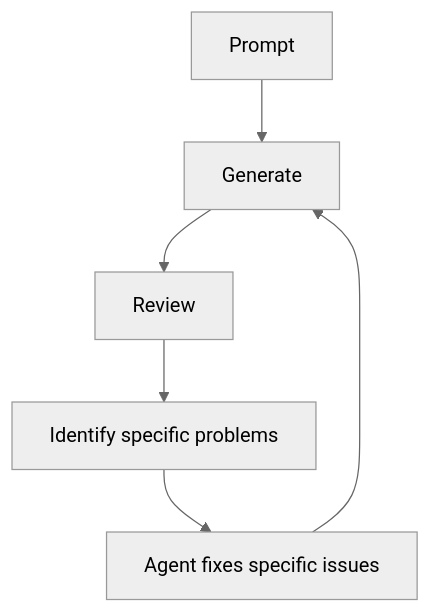
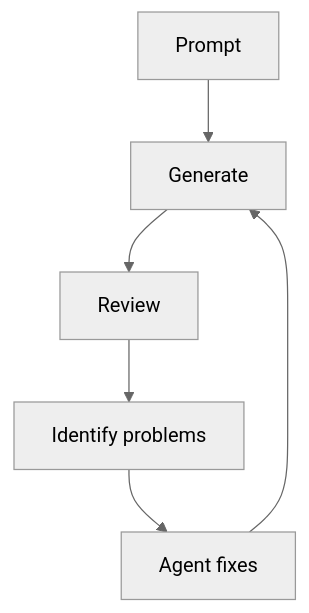
The first of 8 diagrams in writing-production-code.md (seanpor/AgentGuide), drawn with Mermaid (neutral theme) before and after one commit. The commit also changed other lines of this file and 1 other file, not shown here.

First line of the commit message:
Compact Mermaid diagrams for small-screen readability

````diff
--- a/writing-production-code.md
+++ b/writing-production-code.md
@@ -274,8 +274,8 @@
 ```mermaid
 flowchart TD
     P[Prompt] --> G[Generate]
     G --> R[Review]
-    R --> I[Identify specific problems]
-    I --> A[Agent fixes specific issues]
+    R --> I[Identify problems]
+    I --> A[Agent fixes]
     A --> G
 ```
````
